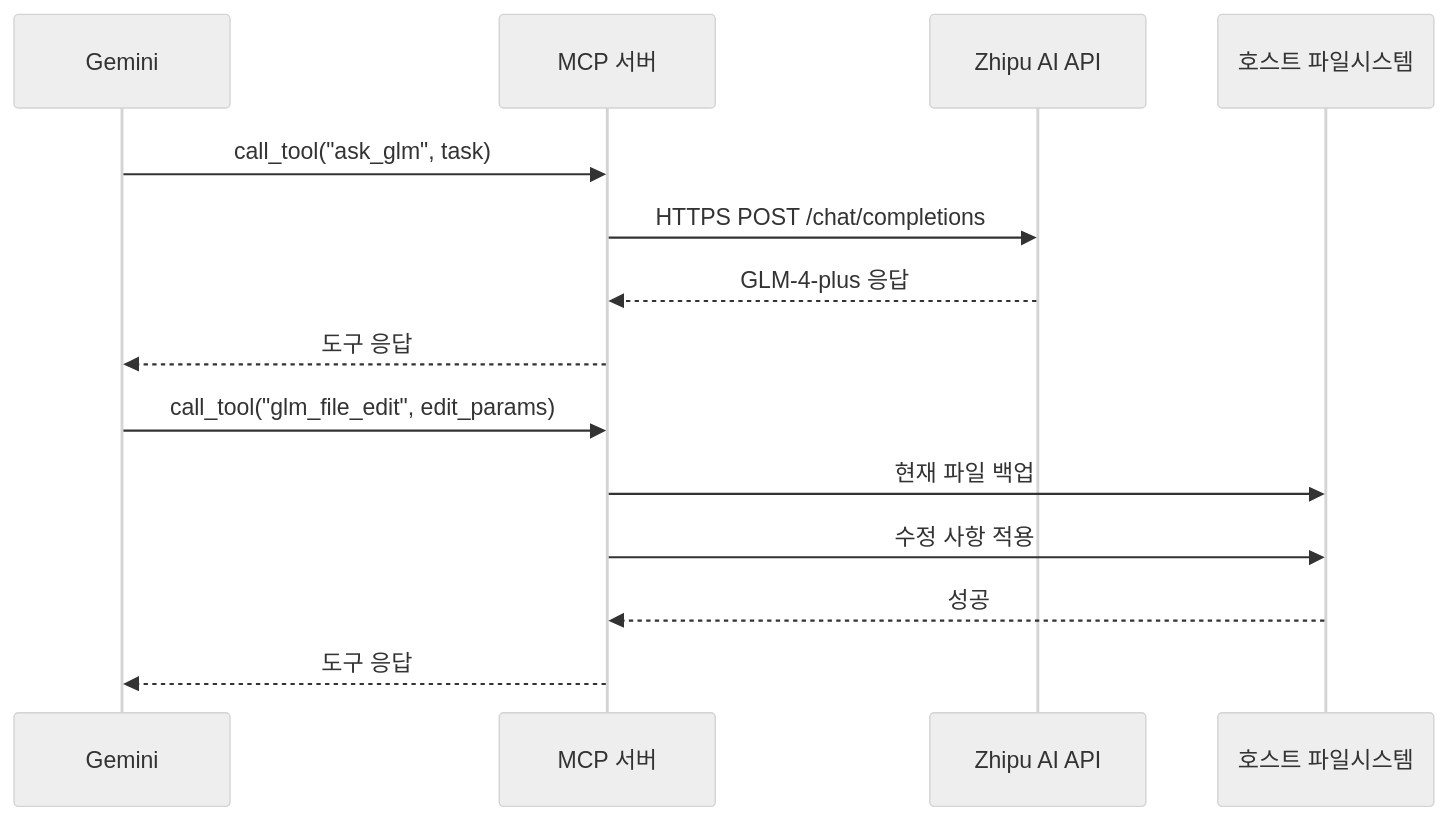
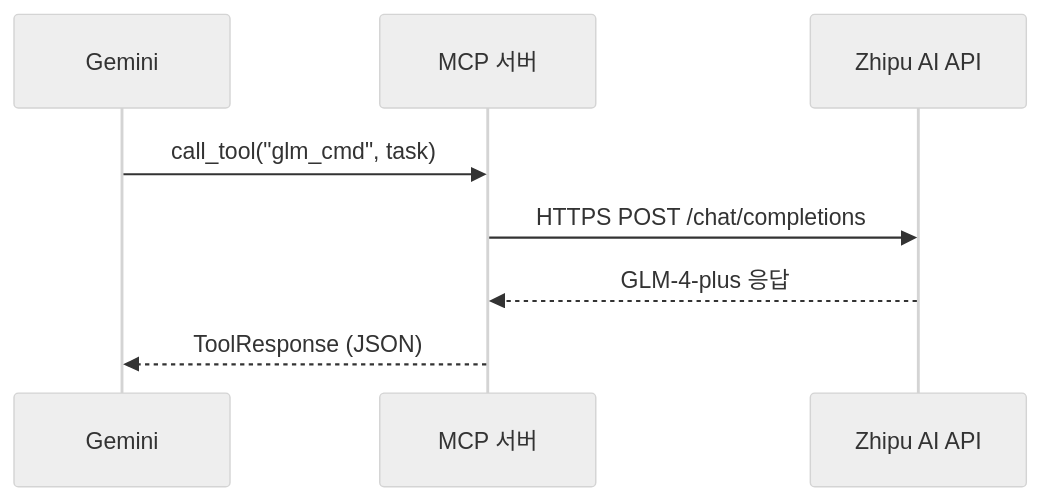
One commit to coreline-ai/antigravity_glm_mcp changed the second of 3 diagrams in docs/ARCHITECTURE.md. Above: the diagram before and after it, drawn with Mermaid (neutral theme). The commit also changed other lines of this file and 4587 other files, not shown here.

````diff
--- a/docs/ARCHITECTURE.md
+++ b/docs/ARCHITECTURE.md
@@ -18,18 +63,11 @@
 ```mermaid
 sequenceDiagram
     participant G as Gemini
     participant M as MCP 서버
     participant A as Zhipu AI API
-    participant H as 호스트 파일시스템
 
-    G->>M: call_tool("ask_glm", task)
+    G->>M: call_tool("glm_cmd", task)
     M->>A: HTTPS POST /chat/completions
     A-->>M: GLM-4-plus 응답
-    M-->>G: 도구 응답
-
-    G->>M: call_tool("glm_file_edit", edit_params)
-    M->>H: 현재 파일 백업
-    M->>H: 수정 사항 적용
-    H-->>M: 성공
-    M-->>G: 도구 응답
+    M-->>G: ToolResponse (JSON)
 ```
````
